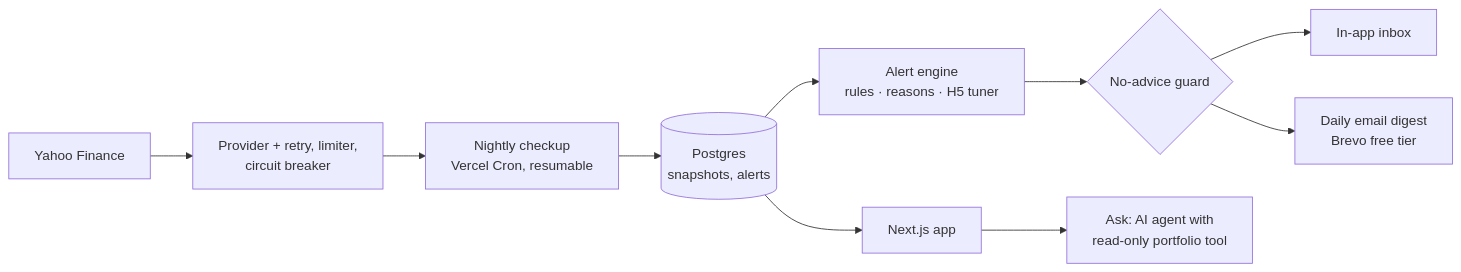
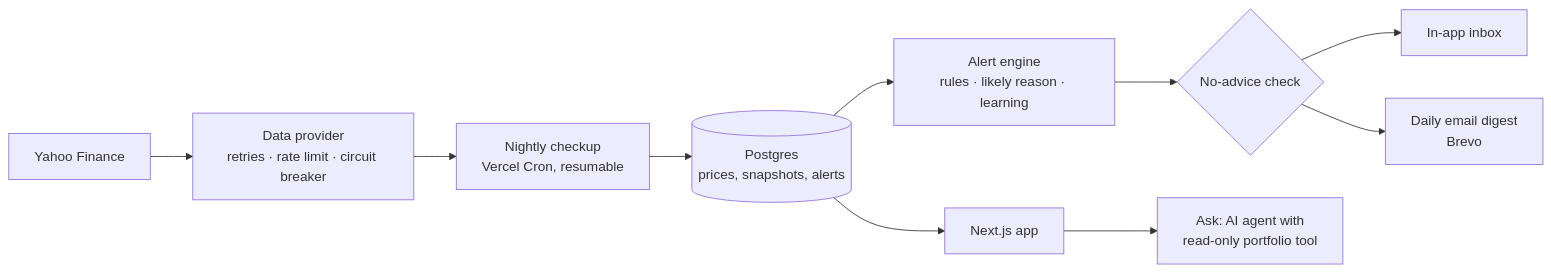
One commit to sakshamm21/Nazar changed the diagram in README.md. Above: the diagram before and after it, drawn with Mermaid. The commit also changed other lines of this file and 130 other files, not shown here.

````diff
--- a/README.md
+++ b/README.md
@@ -27,12 +47,12 @@
 ```mermaid
 flowchart LR
-  Y[Yahoo Finance] --> P[Provider + retry, limiter,<br/>circuit breaker]
+  Y[Yahoo Finance] --> P[Data provider<br/>retries · rate limit · circuit breaker]
   P --> N[Nightly checkup<br/>Vercel Cron, resumable]
-  N --> DB[(Postgres<br/>snapshots, alerts)]
-  DB --> E[Alert engine<br/>rules · reasons · H5 tuner]
-  E --> G{No-advice guard}
+  N --> DB[(Postgres<br/>prices, snapshots, alerts)]
+  DB --> E[Alert engine<br/>rules · likely reason · learning]
+  E --> G{No-advice check}
   G --> I[In-app inbox]
-  G --> M[Daily email digest<br/>Brevo free tier]
+  G --> M[Daily email digest<br/>Brevo]
   DB --> UI[Next.js app]
   UI --> A[Ask: AI agent with<br/>read-only portfolio tool]
 ```
````
